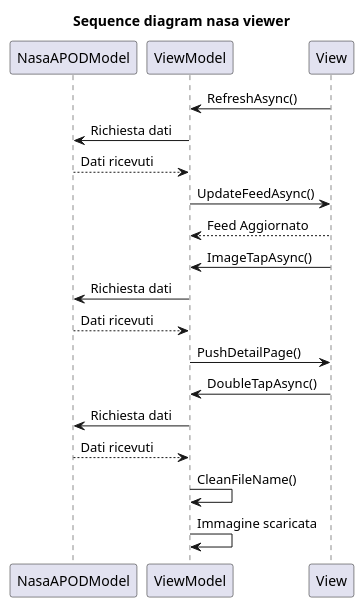
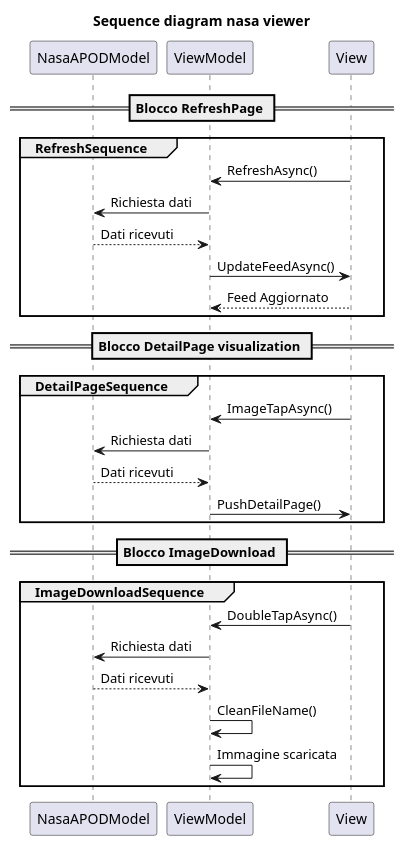
One commit to ccarl0/nasa_viewer changed the diagram in UML/sequence diagram.plantuml. Above: the diagram before and after it, drawn with PlantUML.

Commit message:
reorganized sequence diagram, it was a mess

```diff
--- a/UML/sequence diagram.plantuml
+++ b/UML/sequence diagram.plantuml
@@ -1,23 +1,31 @@
 Title: Sequence diagram nasa viewer
 
 participant NasaAPODModel
 participant ViewModel
 participant View
 
-
+== Blocco RefreshPage ==
+group RefreshSequence
     View -> ViewModel: RefreshAsync()
     ViewModel -> NasaAPODModel: Richiesta dati
     NasaAPODModel --> ViewModel: Dati ricevuti
     ViewModel -> View: UpdateFeedAsync()
     View --> ViewModel: Feed Aggiornato
+end
 
+== Blocco DetailPage visualization ==
+group DetailPageSequence
     View -> ViewModel: ImageTapAsync()
     ViewModel -> NasaAPODModel: Richiesta dati
     NasaAPODModel --> ViewModel: Dati ricevuti
     ViewModel -> View: PushDetailPage()
+end
 
+== Blocco ImageDownload ==
+group ImageDownloadSequence
     View -> ViewModel: DoubleTapAsync()
     ViewModel -> NasaAPODModel: Richiesta dati
     NasaAPODModel --> ViewModel: Dati ricevuti
     ViewModel -> ViewModel: CleanFileName()
     ViewModel -> ViewModel: Immagine scaricata
+end
```
